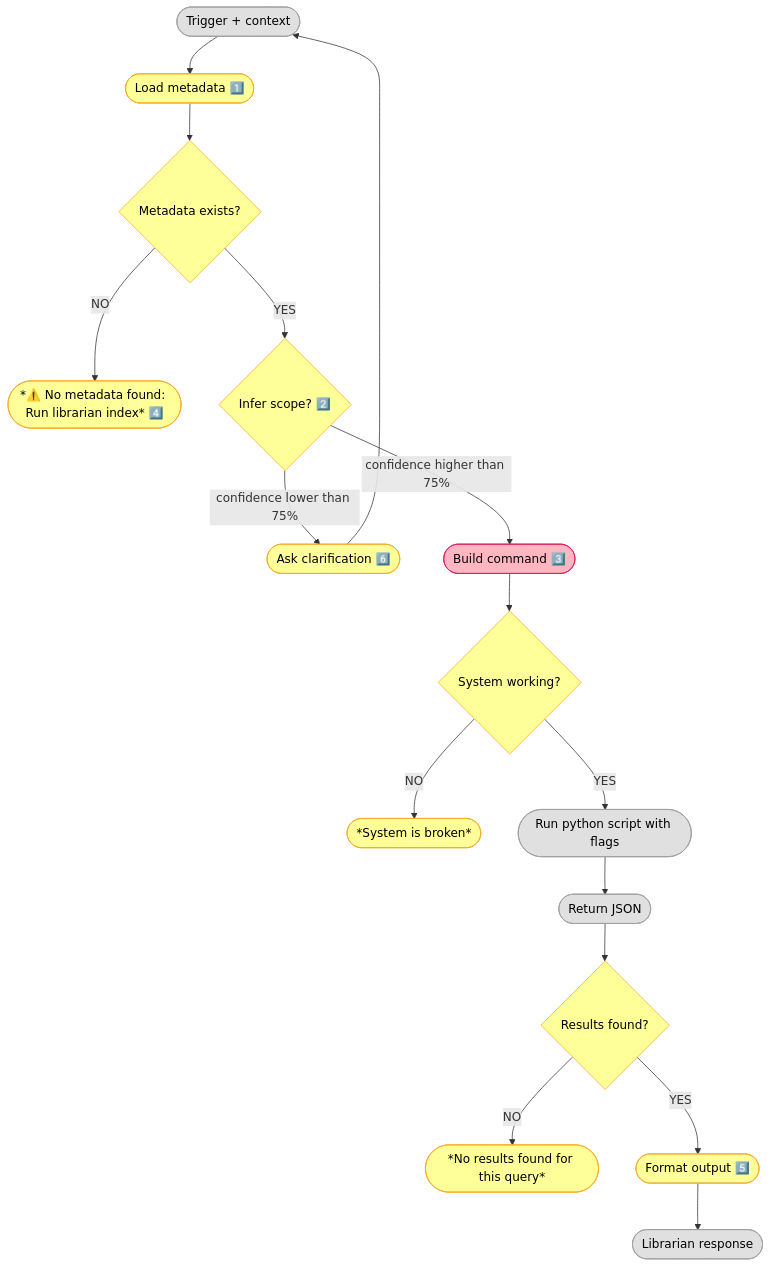
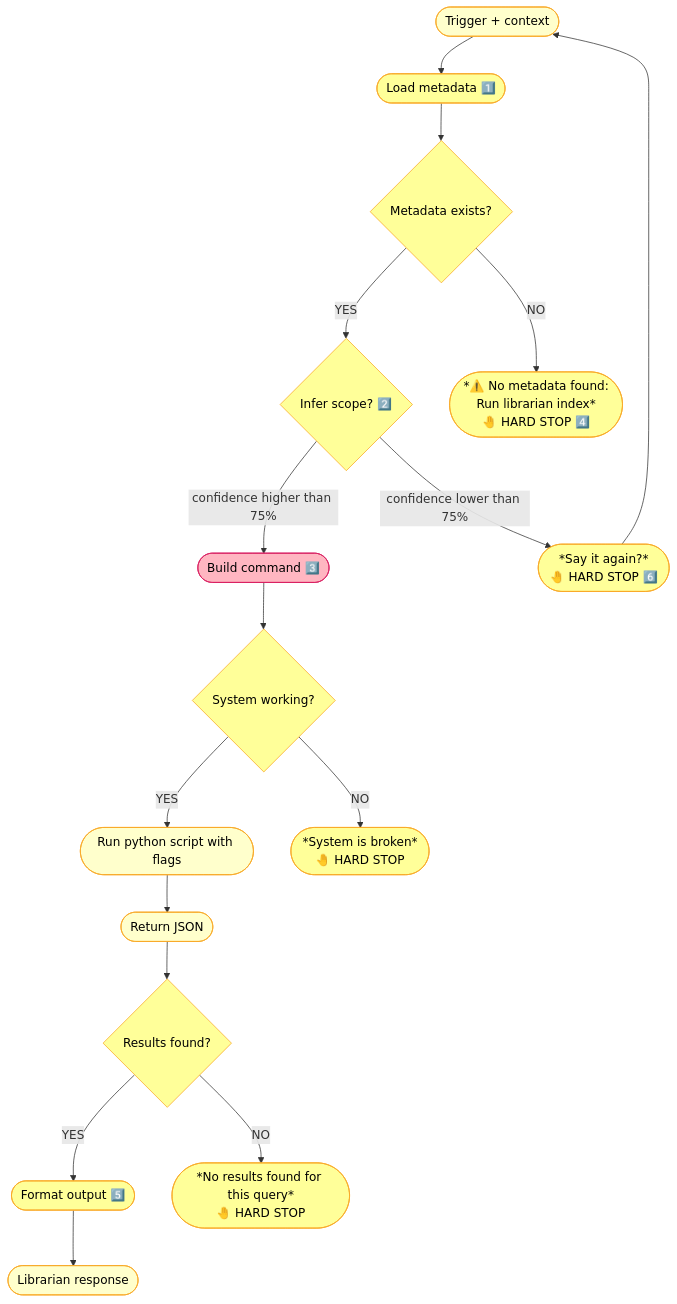
One commit to nonlinear/librarian changed the diagram in backstage/epic-notes/v0.15.0-skill-protocol.md. Above: the diagram before and after it, drawn with Mermaid.

Commit message:
arch: Grey→lighter yellow, happy path left, HARD STOP nodes

````diff
--- a/backstage/epic-notes/v0.15.0-skill-protocol.md
+++ b/backstage/epic-notes/v0.15.0-skill-protocol.md
@@ -3,39 +3,38 @@
 ```mermaid
 flowchart TD
     TRIGGER(["Trigger + context"])
     TRIGGER --> METADATA(["Load metadata 1️⃣"])
     METADATA --> CHECK{"Metadata exists?"}
-    CHECK -->|NO| ERROR(["*⚠️ No metadata found: Run librarian index* 4️⃣"])
     CHECK -->|YES| INFER{"Infer scope? 2️⃣"}
+    CHECK -->|NO| ERROR(["*⚠️ No metadata found:<br>Run librarian index*<br>🤚 HARD STOP 4️⃣"])
     
-    INFER -->|"confidence lower than 75%"| CLARIFY(["Ask clarification 6️⃣"])
+    INFER -->|"confidence higher than 75%"| BUILD(["Build command 3️⃣"])
+    INFER -->|"confidence lower than 75%"| CLARIFY(["*Say it again?*<br>🤚 HARD STOP 6️⃣"])
     CLARIFY --> TRIGGER
     
-    INFER -->|"confidence higher than 75%"| BUILD(["Build command 3️⃣"])
-    
     BUILD --> CHECK_SYSTEM{"System working?"}
-    CHECK_SYSTEM -->|NO| BROKEN(["*System is broken*"])
     CHECK_SYSTEM -->|YES| EXEC(["Run python script with flags"])
+    CHECK_SYSTEM -->|NO| BROKEN(["*System is broken*<br>🤚 HARD STOP"])
     
     EXEC --> JSON(["Return JSON"])
     JSON --> CHECK_RESULTS{"Results found?"}
-    CHECK_RESULTS -->|NO| EMPTY(["*No results found for this query*"])
     CHECK_RESULTS -->|YES| FORMAT(["Format output 5️⃣"])
+    CHECK_RESULTS -->|NO| EMPTY(["*No results found for this query*<br>🤚 HARD STOP"])
     FORMAT --> RESPONSE(["Librarian response"])
     
-    style TRIGGER fill:#E0E0E0,stroke:#9E9E9E,color:#000
+    style TRIGGER fill:#FFFFCC,stroke:#F9A825,color:#000
     style METADATA fill:#FFFF99,stroke:#F9A825,color:#000
     style INFER fill:#FFFF99,stroke:#F9A825,color:#000
     style CLARIFY fill:#FFFF99,stroke:#F9A825,color:#000
     style BUILD fill:#FFB6C1,stroke:#D81B60,color:#000
-    style EXEC fill:#E0E0E0,stroke:#9E9E9E,color:#000
-    style JSON fill:#E0E0E0,stroke:#9E9E9E,color:#000
+    style EXEC fill:#FFFFCC,stroke:#F9A825,color:#000
+    style JSON fill:#FFFFCC,stroke:#F9A825,color:#000
     style FORMAT fill:#FFFF99,stroke:#F9A825,color:#000
-    style RESPONSE fill:#E0E0E0,stroke:#9E9E9E,color:#000
+    style RESPONSE fill:#FFFFCC,stroke:#F9A825,color:#000
     style CHECK fill:#FFFF99,stroke:#F9A825,color:#000
     style ERROR fill:#FFFF99,stroke:#F9A825,color:#000
     style CHECK_SYSTEM fill:#FFFF99,stroke:#F9A825,color:#000
     style BROKEN fill:#FFFF99,stroke:#F9A825,color:#000
     style CHECK_RESULTS fill:#FFFF99,stroke:#F9A825,color:#000
     style EMPTY fill:#FFFF99,stroke:#F9A825,color:#000
 ```
````
